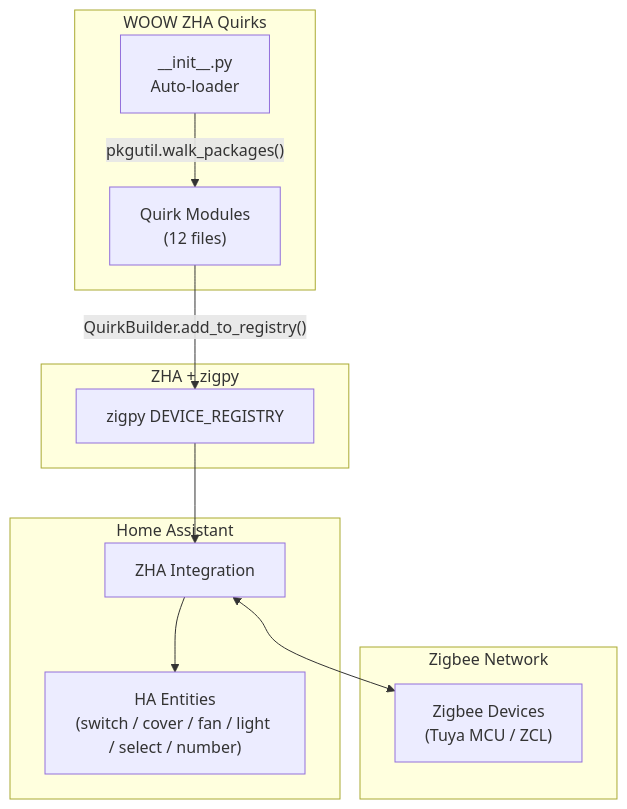
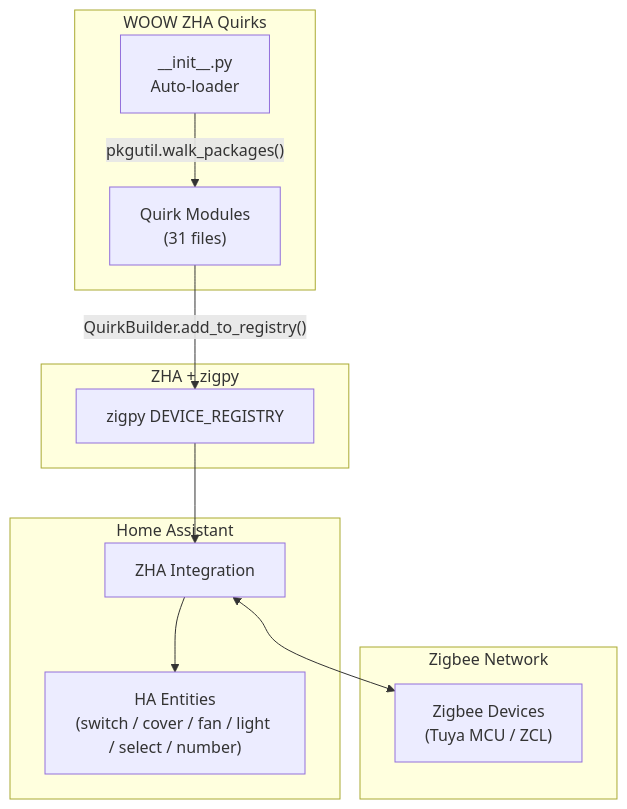
One commit to WOOWTECH/Woow_ha_zha_quirk_component changed the diagram in README.md. Above: the diagram before and after it, drawn with Mermaid. The commit also changed other lines of this file and 44 other files, not shown here.

First line of the commit message:
Release 1.1.0: ship full component (31 quirks + 7 support modules)

````diff
--- a/README.md
+++ b/README.md
@@ -343,26 +730,26 @@
 ```mermaid
 graph TB
     subgraph "Home Assistant"
         HA_ZHA[ZHA Integration]
         HA_ENTITIES["HA Entities<br/>(switch / cover / fan / light / select / number)"]
     end
 
     subgraph "WOOW ZHA Quirks"
         INIT["__init__.py<br/>Auto-loader"]
-        QUIRKS["Quirk Modules<br/>(12 files)"]
+        QUIRKS["Quirk Modules<br/>(31 files)"]
     end
 
     subgraph "ZHA + zigpy"
         ZIGPY_REG["zigpy DEVICE_REGISTRY"]
     end
 
     subgraph "Zigbee Network"
         DEVICES["Zigbee Devices<br/>(Tuya MCU / ZCL)"]
     end
 
     HA_ZHA --> HA_ENTITIES
     INIT -->|"pkgutil.walk_packages()"| QUIRKS
     QUIRKS -->|"QuirkBuilder.add_to_registry()"| ZIGPY_REG
     ZIGPY_REG --> HA_ZHA
     HA_ZHA <--> DEVICES
 ```
````
